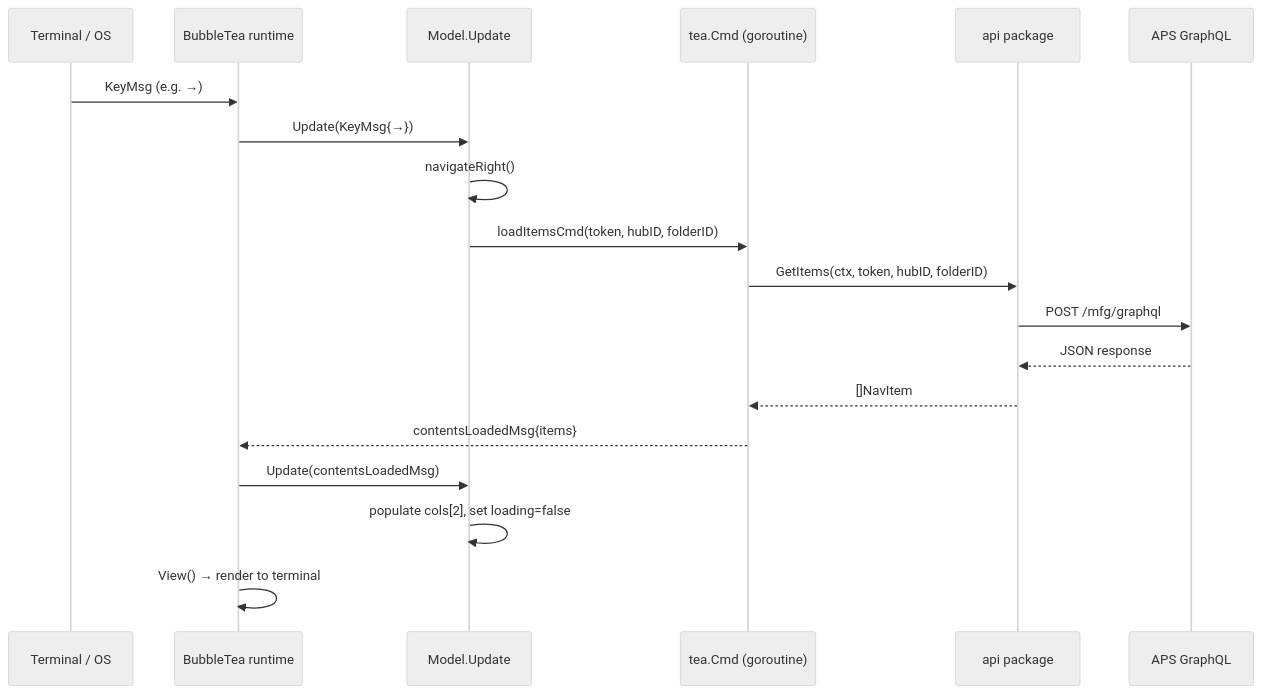
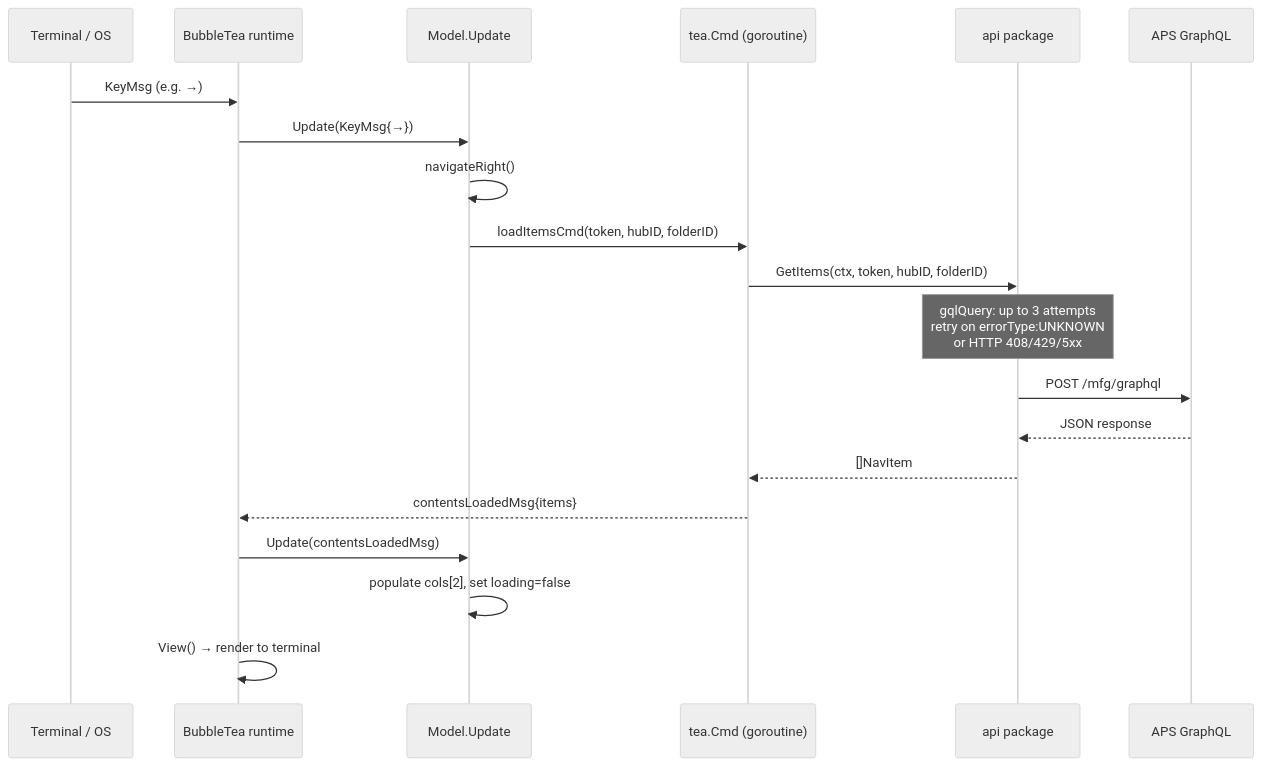
One commit to schneik80/FusionDataCLI changed the fifth of 5 diagrams in docs/architecture.md. Above: the diagram before and after it, drawn with Mermaid (neutral theme). The commit also changed other lines of this file and 4 other files, not shown here.

````diff
--- a/docs/architecture.md
+++ b/docs/architecture.md
@@ -123,22 +123,23 @@
 ```mermaid
 sequenceDiagram
     participant OS as Terminal / OS
     participant BT as BubbleTea runtime
     participant Update as Model.Update
     participant Cmd as tea.Cmd (goroutine)
     participant API as api package
     participant APS as APS GraphQL
 
     OS->>BT: KeyMsg (e.g. →)
     BT->>Update: Update(KeyMsg{→})
     Update->>Update: navigateRight()
     Update->>Cmd: loadItemsCmd(token, hubID, folderID)
     Cmd->>API: GetItems(ctx, token, hubID, folderID)
+    Note over API: gqlQuery: up to 3 attempts<br/>retry on errorType:UNKNOWN<br/>or HTTP 408/429/5xx
     API->>APS: POST /mfg/graphql
     APS-->>API: JSON response
     API-->>Cmd: []NavItem
     Cmd-->>BT: contentsLoadedMsg{items}
     BT->>Update: Update(contentsLoadedMsg)
     Update->>Update: populate cols[2], set loading=false
     BT->>BT: View() → render to terminal
 ```
````
